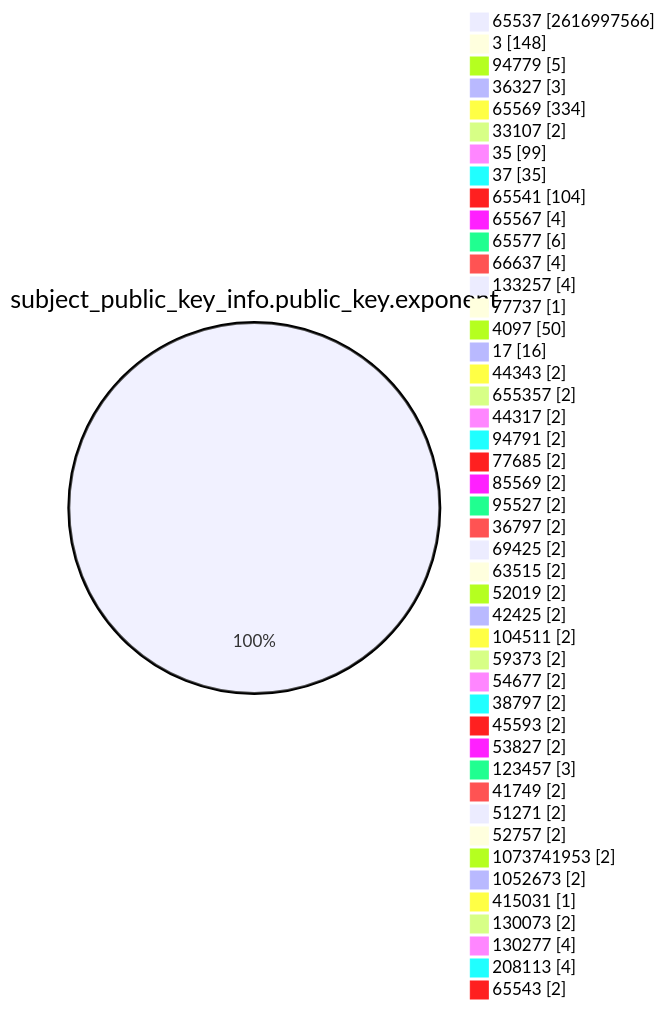
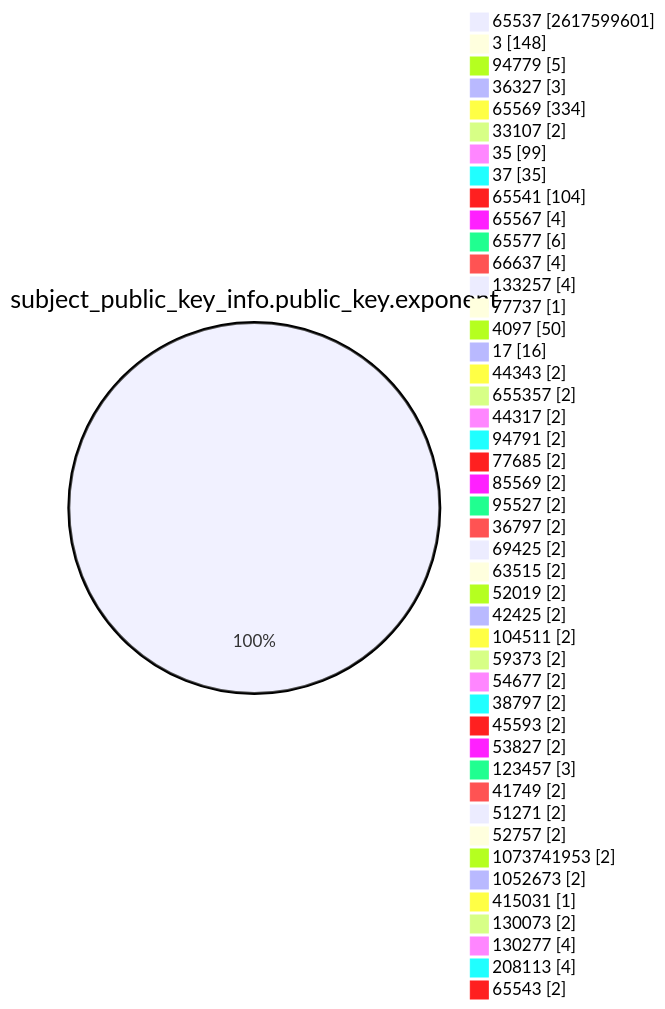
One commit to christiankrug/ctmonitor_visualization changed the fourth of 15 diagrams in TOTAL/README.md. Above: the diagram before and after it, drawn with Mermaid. The commit also changed other lines of this file, not shown here.

````diff
--- a/TOTAL/README.md
+++ b/TOTAL/README.md
@@ -1466,49 +1466,49 @@
 ```mermaid
 pie showData
 title subject_public_key_info.public_key.exponent
-"65537" :2616997566
+"65537" :2617599601
 "3" :148
 "94779" :5
 "36327" :3
 "65569" :334
 "33107" :2
 "35" :99
 "37" :35
 "65541" :104
 "65567" :4
 "65577" :6
 "66637" :4
 "133257" :4
 "77737" :1
 "4097" :50
 "17" :16
 "44343" :2
 "655357" :2
 "44317" :2
 "94791" :2
 "77685" :2
 "85569" :2
 "95527" :2
 "36797" :2
 "69425" :2
 "63515" :2
 "52019" :2
 "42425" :2
 "104511" :2
 "59373" :2
 "54677" :2
 "38797" :2
 "45593" :2
 "53827" :2
 "123457" :3
 "41749" :2
 "51271" :2
 "52757" :2
 "1073741953" :2
 "1052673" :2
 "415031" :1
 "130073" :2
 "130277" :4
 "208113" :4
 "65543" :2
 ```
````
